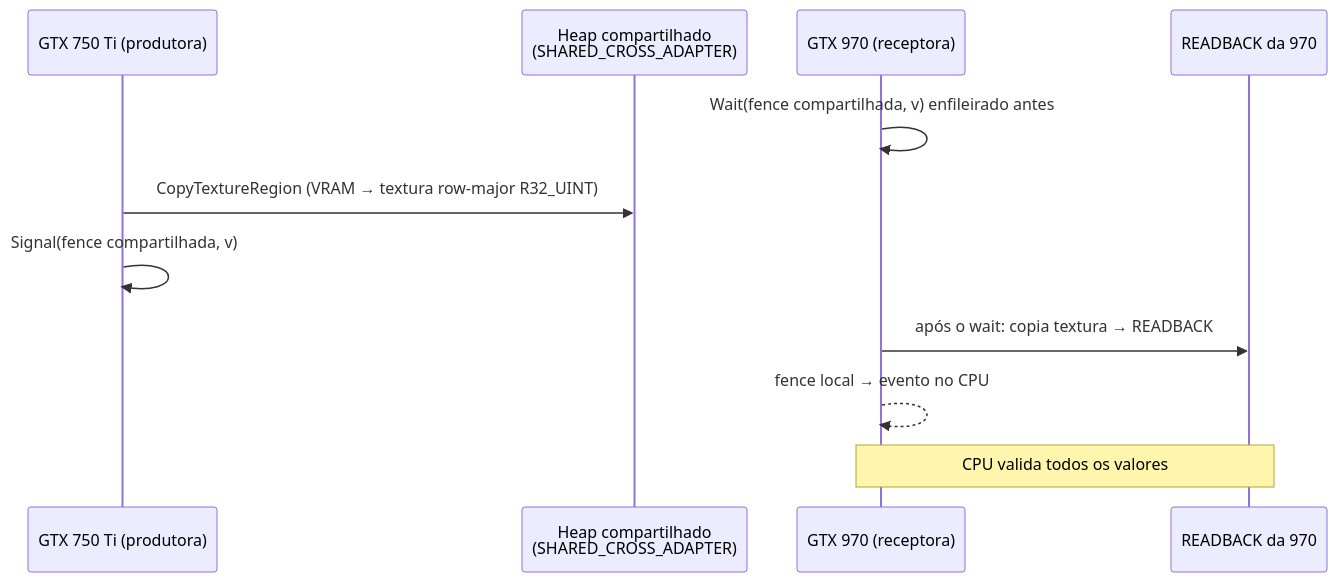
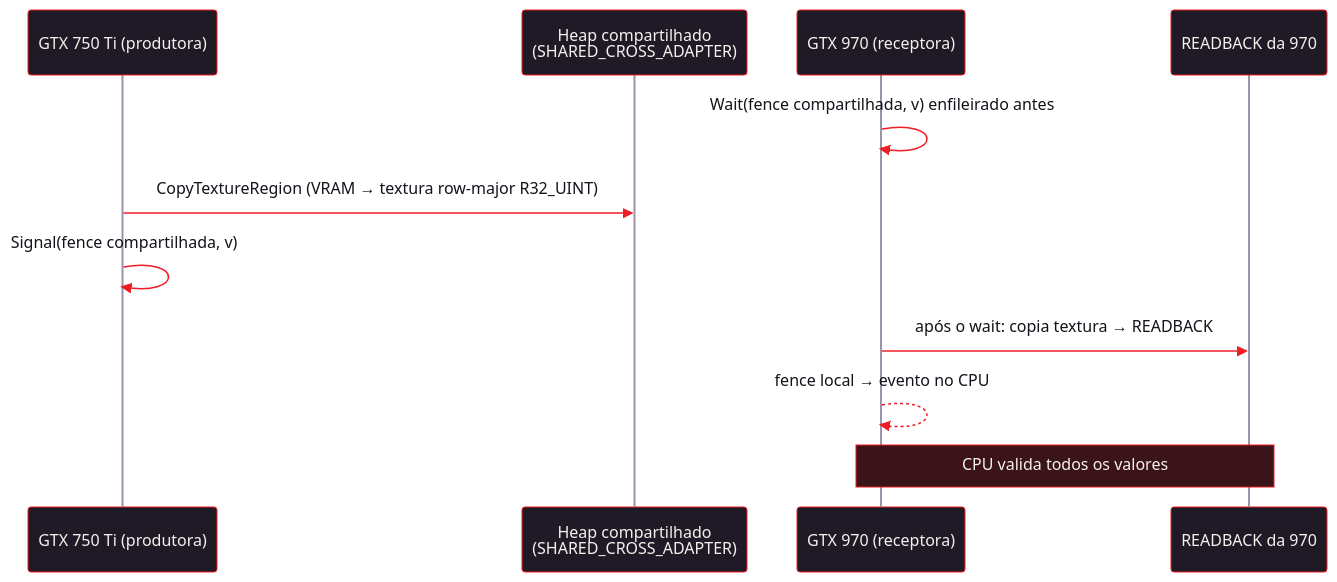
The third of 4 diagrams in docs/architecture.md (Bruno-Gadelha25/nexo-dual-gpu-lab), drawn with Mermaid before and after one commit. The commit also changed other lines of this file and 3 other files, not shown here.

First line of the commit message:
docs: diagramas Mermaid com tema escuro e cores por placa

````diff
--- a/docs/architecture.md
+++ b/docs/architecture.md
@@ -55,13 +67,14 @@
 ```mermaid
+%%{init: {"theme":"base","themeVariables":{"primaryColor":"#1f1b26","primaryTextColor":"#f4f2ee","primaryBorderColor":"#ee1c25","lineColor":"#ee1c25","secondaryColor":"#2a2533","tertiaryColor":"#1a1720","clusterBkg":"#18151d","clusterBorder":"#77708a","edgeLabelBackground":"#14121a","fontFamily":"Segoe UI, Arial, sans-serif","actorBkg":"#1f1b26","actorBorder":"#ee1c25","actorTextColor":"#f4f2ee","actorLineColor":"#9a94a8","signalColor":"#ee1c25","signalTextColor":"#14121a","noteBkgColor":"#3a1418","noteTextColor":"#f4f2ee","noteBorderColor":"#ee1c25","labelBoxBkgColor":"#1f1b26","labelBoxBorderColor":"#ee1c25","labelTextColor":"#f4f2ee","loopTextColor":"#f4f2ee","activationBkgColor":"#3a1418"}}}%%
 sequenceDiagram
   participant P as GTX 750 Ti (produtora)
   participant H as Heap compartilhado<br/>(SHARED_CROSS_ADAPTER)
   participant C as GTX 970 (receptora)
   participant R as READBACK da 970
   C->>C: Wait(fence compartilhada, v) enfileirado antes
   P->>H: CopyTextureRegion (VRAM → textura row-major R32_UINT)
   P->>P: Signal(fence compartilhada, v)
   C->>R: após o wait: copia textura → READBACK
   C-->>C: fence local → evento no CPU
   Note over C,R: CPU valida todos os valores
 ```
````
